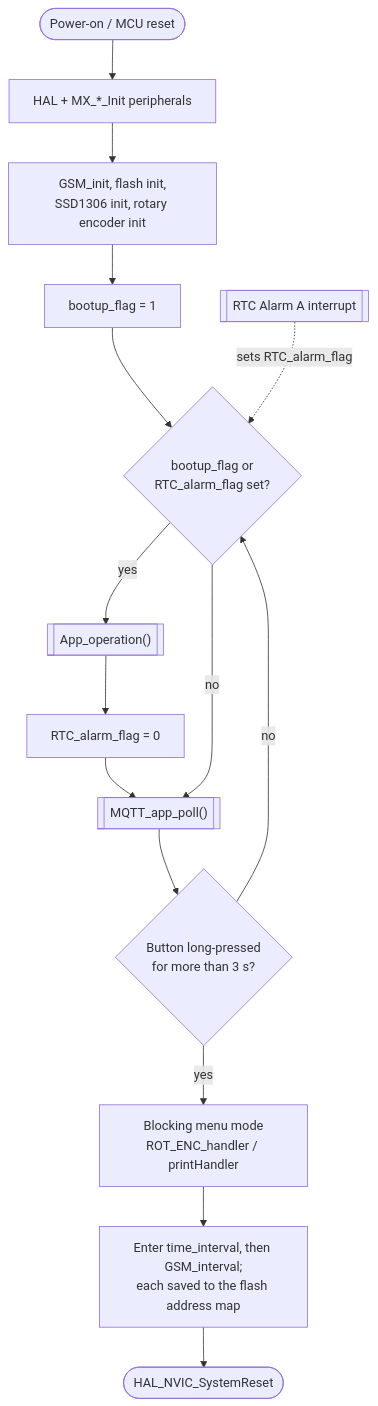
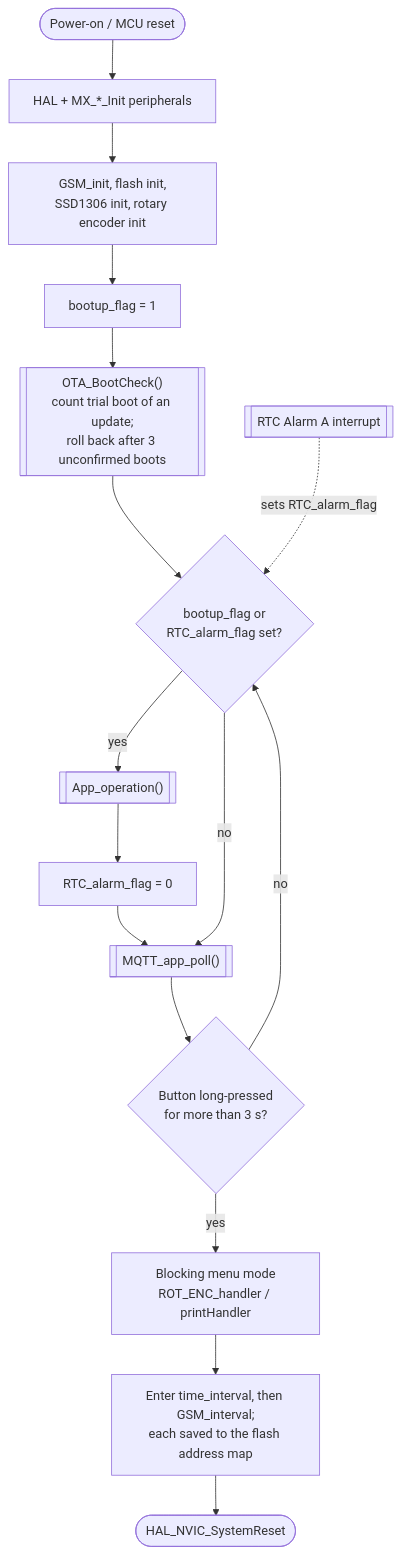
One commit to anushka-prajose-tih/Closed_Loop_Irrigation changed the second of 7 diagrams in README.md. Above: the diagram before and after it, drawn with Mermaid. The commit also changed other lines of this file and 10 other files, not shown here.

````diff
--- a/README.md
+++ b/README.md
@@ -162,17 +162,18 @@
 ```mermaid
 flowchart TD
     A([Power-on / MCU reset]) --> B["HAL + MX_*_Init peripherals"]
     B --> C["GSM_init, flash init,<br>SSD1306 init, rotary encoder init"]
     C --> D["bootup_flag = 1"]
-    D --> L{"bootup_flag or<br>RTC_alarm_flag set?"}
+    D --> OB[["OTA_BootCheck()<br>count trial boot of an update;<br>roll back after 3 unconfirmed boots"]]
+    OB --> L{"bootup_flag or<br>RTC_alarm_flag set?"}
     L -->|yes| APP[["App_operation()"]]
     APP --> CLR["RTC_alarm_flag = 0"]
     CLR --> P
     L -->|no| P[["MQTT_app_poll()"]]
     P --> R{"Button long-pressed<br>for more than 3 s?"}
     R -->|no| L
     R -->|yes| MENU["Blocking menu mode<br>ROT_ENC_handler / printHandler"]
     MENU --> S["Enter time_interval, then GSM_interval;<br>each saved to the flash address map"]
     S --> RST([HAL_NVIC_SystemReset])
     IRQ[["RTC Alarm A interrupt"]] -. sets RTC_alarm_flag .-> L
 ```
````
